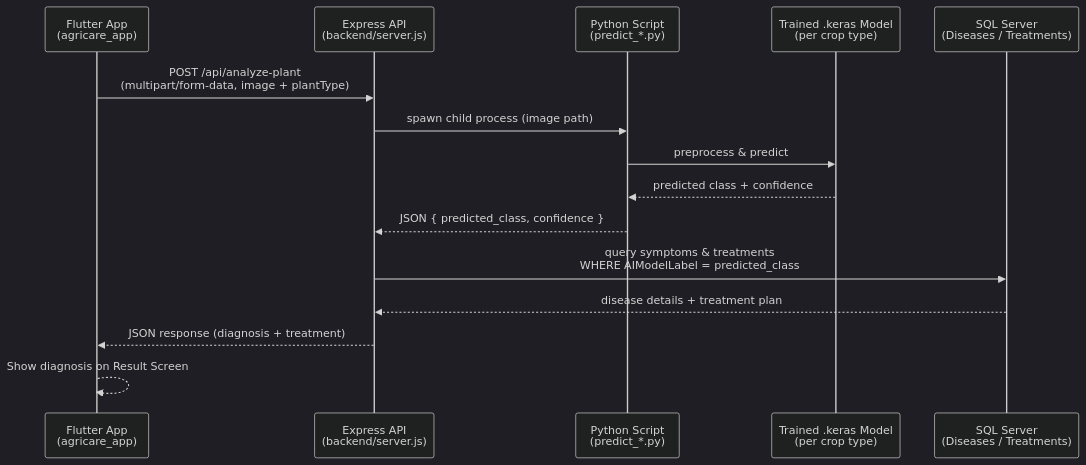
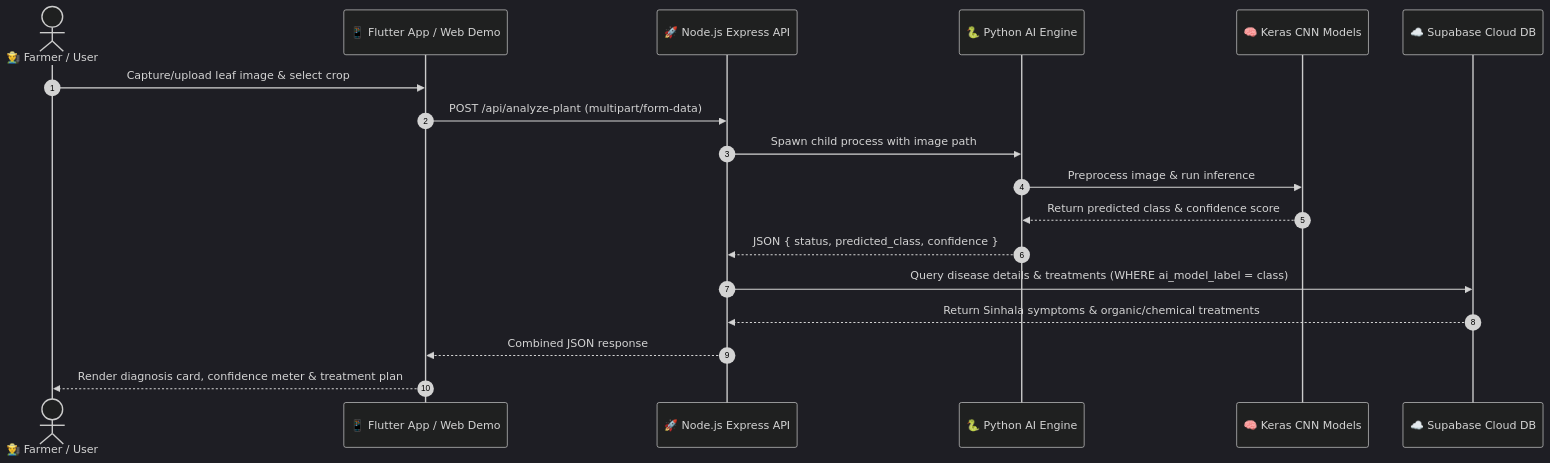
One commit to umindudinal/AgriCare-LK changed the diagram in README.md. Above: the diagram before and after it, drawn with Mermaid (dark theme). The commit also changed other lines of this file and 77 other files, not shown here.

Commit message:
Add Showcase Web App, Supabase cloud database integration, and UI improvements

````diff
--- a/README.md
+++ b/README.md
@@ -62,18 +59,21 @@
 ```mermaid
 sequenceDiagram
-    participant U as Flutter App<br/>(agricare_app)
-    participant A as Express API<br/>(backend/server.js)
-    participant P as Python Script<br/>(predict_*.py)
-    participant M as Trained .keras Model<br/>(per crop type)
-    participant D as SQL Server<br/>(Diseases / Treatments)
+    autonumber
+    actor Farmer as 👨‍🌾 Farmer / User
+    participant Mobile as 📱 Flutter App / Web Demo
+    participant API as 🚀 Node.js Express API
+    participant Py as 🐍 Python AI Engine
+    participant Model as 🧠 Keras CNN Models
+    participant Cloud as ☁️ Supabase Cloud DB
 
-    U->>A: POST /api/analyze-plant<br/>(multipart/form-data, image + plantType)
-    A->>P: spawn child process (image path)
-    P->>M: preprocess & predict
-    M-->>P: predicted class + confidence
-    P-->>A: JSON { predicted_class, confidence }
-    A->>D: query symptoms & treatments<br/>WHERE AIModelLabel = predicted_class
-    D-->>A: disease details + treatment plan
-    A-->>U: JSON response (diagnosis + treatment)
-    U-->>U: Show diagnosis on Result Screen
+    Farmer->>Mobile: Capture/upload leaf image & select crop
+    Mobile->>API: POST /api/analyze-plant (multipart/form-data)
+    API->>Py: Spawn child process with image path
+    Py->>Model: Preprocess image & run inference
+    Model-->>Py: Return predicted class & confidence score
+    Py-->>API: JSON { status, predicted_class, confidence }
+    API->>Cloud: Query disease details & treatments (WHERE ai_model_label = class)
+    Cloud-->>API: Return Sinhala symptoms & organic/chemical treatments
+    API-->>Mobile: Combined JSON response
+    Mobile-->>Farmer: Render diagnosis card, confidence meter & treatment plan
 ```
````
